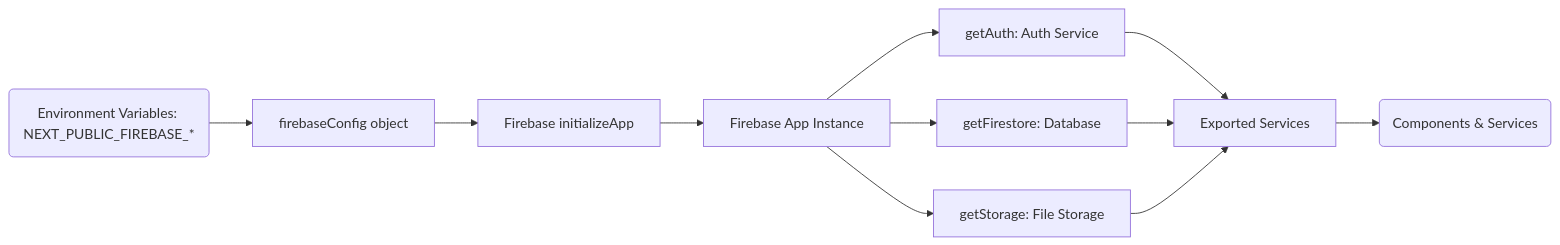
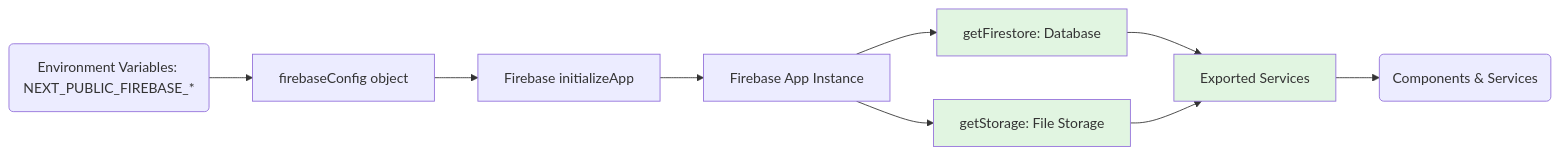
The second of 2 diagrams in docs/structure_module_infoMD/Core Service Modules/firebase_module_info.md (CongJie-Pan/TheChamber_Of_RedMansion_FireBaseStudio), drawn with Mermaid before and after one commit. The commit also changed other lines of this file and 4 other files, not shown here.

````diff
--- a/docs/structure_module_infoMD/Core Service Modules/firebase_module_info.md
+++ b/docs/structure_module_infoMD/Core Service Modules/firebase_module_info.md
@@ -57,13 +69,15 @@
 ```mermaid
 graph LR
     Input1(Environment Variables: NEXT_PUBLIC_FIREBASE_*) --> Config[firebaseConfig object];
     Config --> Init[Firebase initializeApp];
     Init --> App[Firebase App Instance];
-    App --> Auth[getAuth: Auth Service];
     App --> DB[getFirestore: Database];
     App --> Storage[getStorage: File Storage];
-    Auth --> Export[Exported Services];
-    DB --> Export;
+    DB --> Export[Exported Services];
     Storage --> Export;
     Export --> Consumers(Components & Services);
+
+    style DB fill:#e1f5e1
+    style Storage fill:#e1f5e1
+    style Export fill:#e1f5e1
 ```
````
